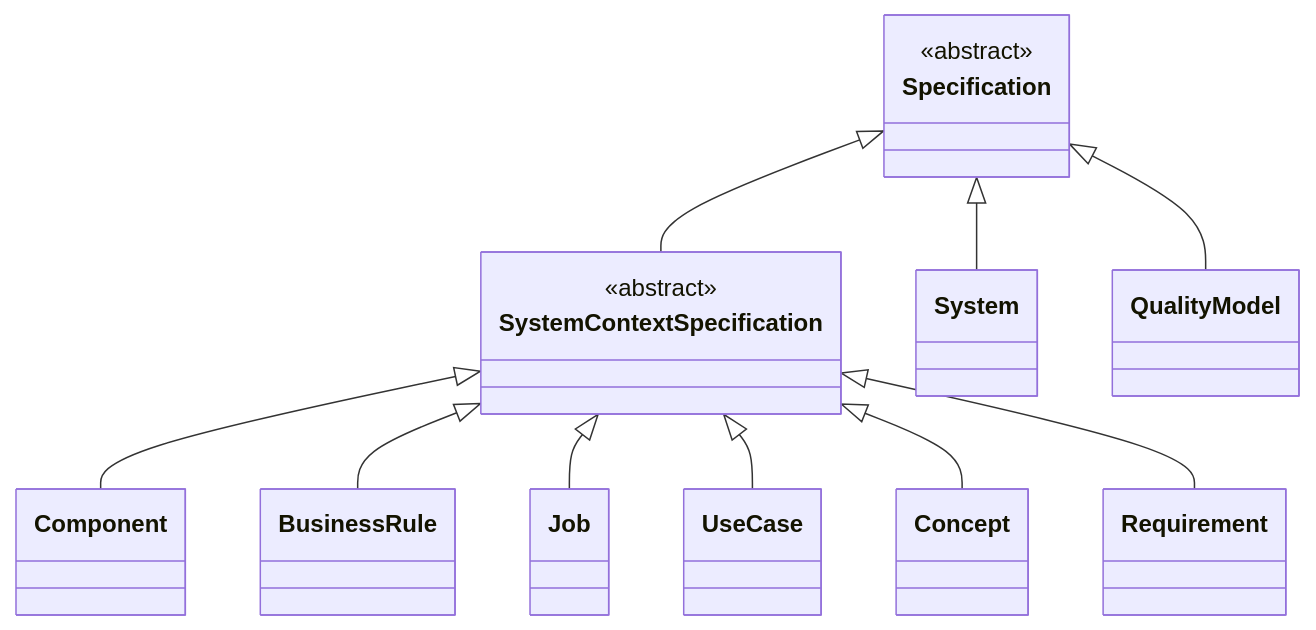
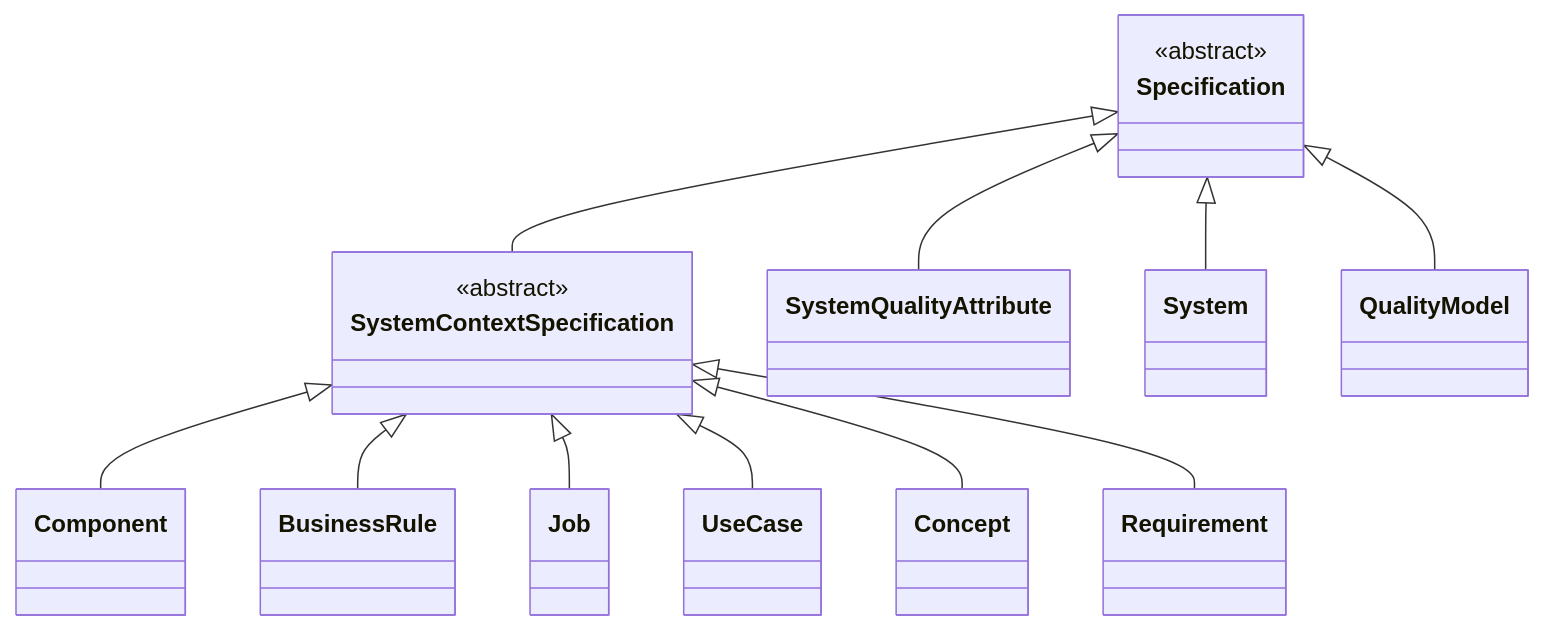
The first of 18 diagrams in docs/reference/model/core.md (craigsmitham/dotspec), drawn with Mermaid before and after one commit. The commit also changed other lines of this file and 119 other files, not shown here.

````diff
--- a/docs/reference/model/core.md
+++ b/docs/reference/model/core.md
@@ -30,25 +30,27 @@
 ```mermaid
 classDiagram
     direction TB
     class Specification
     <<abstract>> Specification
     class SystemContextSpecification
     <<abstract>> SystemContextSpecification
+    class SystemQualityAttribute
     class System
     class Component
     class QualityModel
     class BusinessRule
     class Job
     class UseCase
     class Concept
     class Requirement
     Specification <|-- SystemContextSpecification
+    Specification <|-- SystemQualityAttribute
     Specification <|-- System
     SystemContextSpecification <|-- Component
     Specification <|-- QualityModel
     SystemContextSpecification <|-- BusinessRule
     SystemContextSpecification <|-- Job
     SystemContextSpecification <|-- UseCase
     SystemContextSpecification <|-- Concept
     SystemContextSpecification <|-- Requirement
 ```
````
